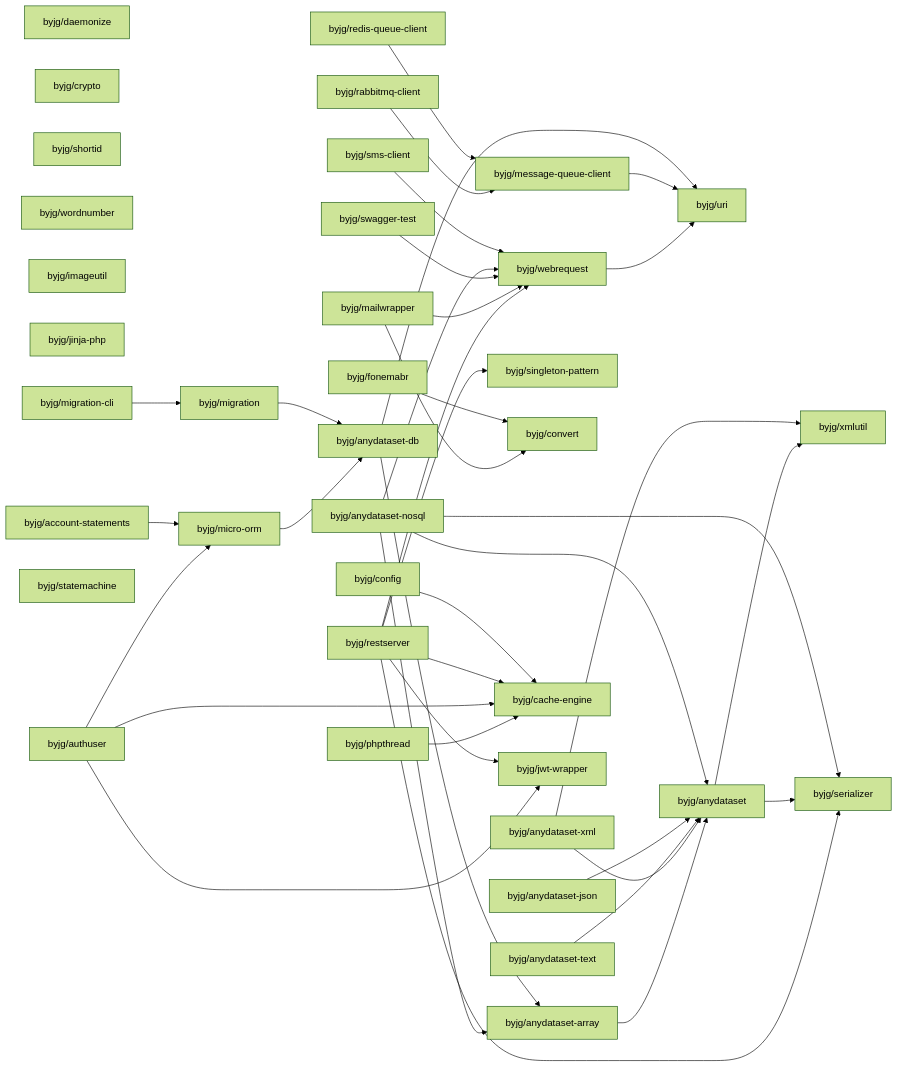
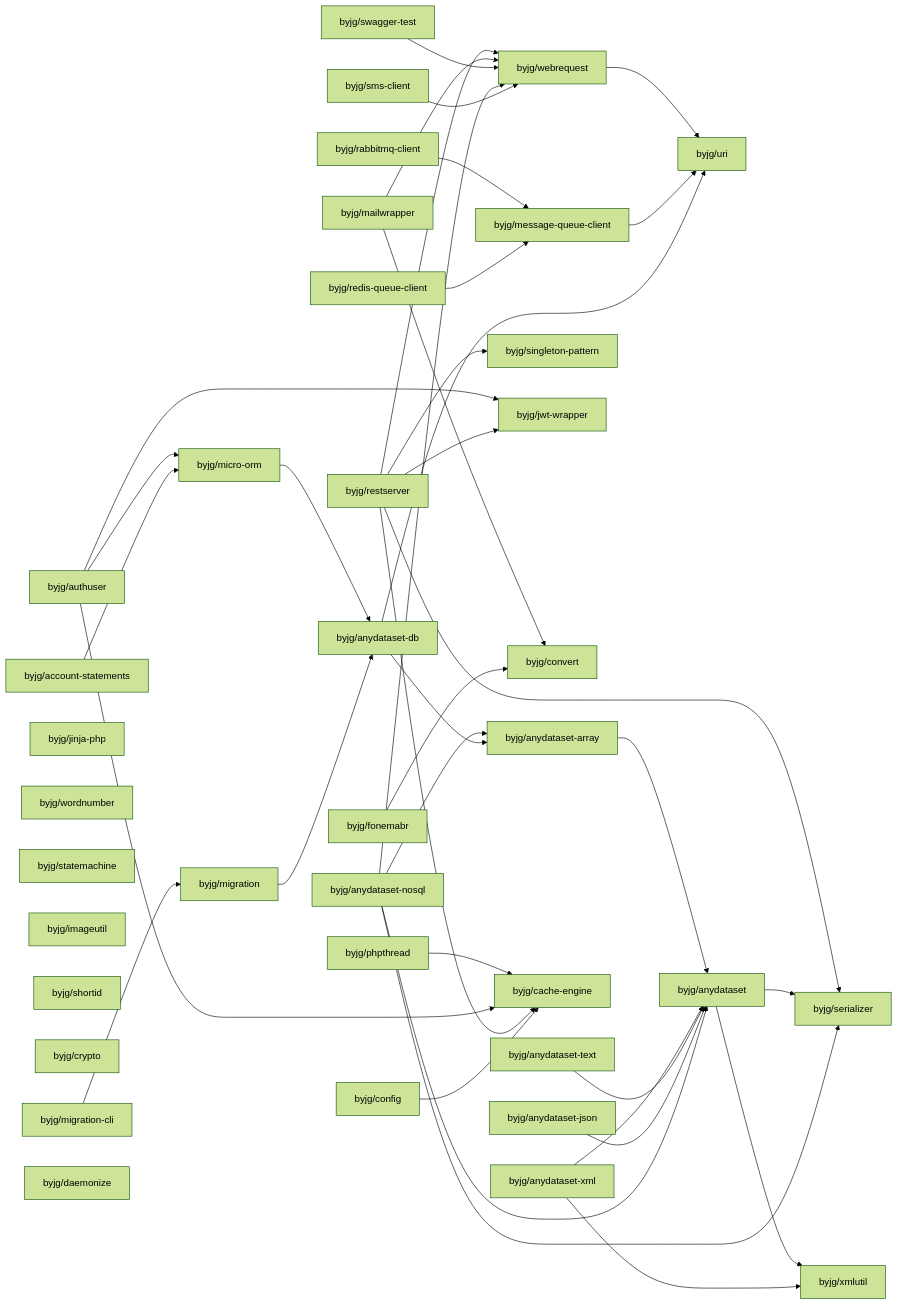
One commit to byjg/byjg.github.io changed the diagram in docs/php/README.md. Above: the diagram before and after it, drawn with Mermaid (forest theme). The commit also changed other lines of this file, not shown here.

Commit message:
Update documentation 'php' 'php-migration'

````diff
--- a/docs/php/README.md
+++ b/docs/php/README.md
@@ -3,76 +3,76 @@
 ```mermaid
 graph LR;
+  byjg/migration-cli;
+  byjg/authuser;
+  byjg/anydataset-text;
+  byjg/sms-client;
+  byjg/anydataset-nosql;
+  byjg/jinja-php;
+  byjg/wordnumber;
+  byjg/anydataset-xml;
+  byjg/statemachine;
+  byjg/anydataset-json;
+  byjg/imageutil;
+  byjg/shortid;
+  byjg/restserver;
+  byjg/crypto;
+  byjg/config;
+  byjg/fonemabr;
   byjg/mailwrapper;
+  byjg/account-statements;
+  byjg/rabbitmq-client;
+  byjg/redis-queue-client;
+  byjg/swagger-test;
   byjg/daemonize;
-  byjg/restserver;
-  byjg/fonemabr;
-  byjg/crypto;
-  byjg/shortid;
-  byjg/redis-queue-client;
-  byjg/wordnumber;
-  byjg/imageutil;
-  byjg/jinja-php;
-  byjg/sms-client;
   byjg/phpthread;
-  byjg/swagger-test;
-  byjg/config;
-  byjg/anydataset-json;
-  byjg/anydataset-nosql;
-  byjg/anydataset-xml;
-  byjg/anydataset-text;
-  byjg/account-statements;
-  byjg/migration-cli;
-  byjg/rabbitmq-client;
-  byjg/statemachine;
-  byjg/authuser;
+  byjg/migration;
   byjg/singleton-pattern;
+  byjg/jwt-wrapper;
   byjg/convert;
+  byjg/micro-orm;
+  byjg/message-queue-client;
   byjg/webrequest;
-  byjg/migration;
-  byjg/message-queue-client;
-  byjg/micro-orm;
   byjg/cache-engine;
-  byjg/jwt-wrapper;
   byjg/anydataset-db;
   byjg/anydataset-array;
   byjg/uri;
   byjg/anydataset;
   byjg/serializer;
   byjg/xmlutil;
   byjg/phpthread --> byjg/cache-engine;
   byjg/micro-orm --> byjg/anydataset-db;
   byjg/authuser --> byjg/micro-orm;
   byjg/authuser --> byjg/cache-engine;
   byjg/authuser --> byjg/jwt-wrapper;
   byjg/anydataset-array --> byjg/anydataset;
   byjg/restserver --> byjg/serializer;
   byjg/restserver --> byjg/singleton-pattern;
   byjg/restserver --> byjg/cache-engine;
   byjg/restserver --> byjg/webrequest;
   byjg/restserver --> byjg/jwt-wrapper;
   byjg/mailwrapper --> byjg/convert;
   byjg/mailwrapper --> byjg/webrequest;
   byjg/swagger-test --> byjg/webrequest;
   byjg/migration --> byjg/anydataset-db;
   byjg/account-statements --> byjg/micro-orm;
   byjg/anydataset --> byjg/serializer;
   byjg/anydataset --> byjg/xmlutil;
   byjg/fonemabr --> byjg/convert;
   byjg/anydataset-xml --> byjg/anydataset;
   byjg/anydataset-xml --> byjg/xmlutil;
   byjg/webrequest --> byjg/uri;
   byjg/config --> byjg/cache-engine;
   byjg/migration-cli --> byjg/migration;
   byjg/anydataset-text --> byjg/anydataset;
   byjg/message-queue-client --> byjg/uri;
   byjg/anydataset-json --> byjg/anydataset;
   byjg/anydataset-nosql --> byjg/anydataset;
   byjg/anydataset-nosql --> byjg/anydataset-array;
   byjg/anydataset-nosql --> byjg/serializer;
   byjg/anydataset-nosql --> byjg/webrequest;
   byjg/anydataset-db --> byjg/anydataset-array;
   byjg/anydataset-db --> byjg/uri;
   byjg/rabbitmq-client --> byjg/message-queue-client;
   byjg/redis-queue-client --> byjg/message-queue-client;
   byjg/sms-client --> byjg/webrequest;
 ```
````
